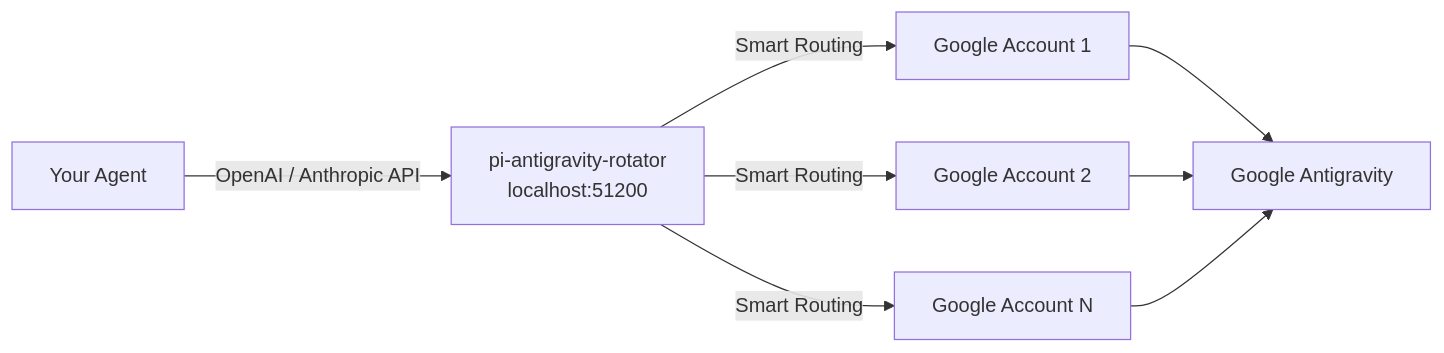
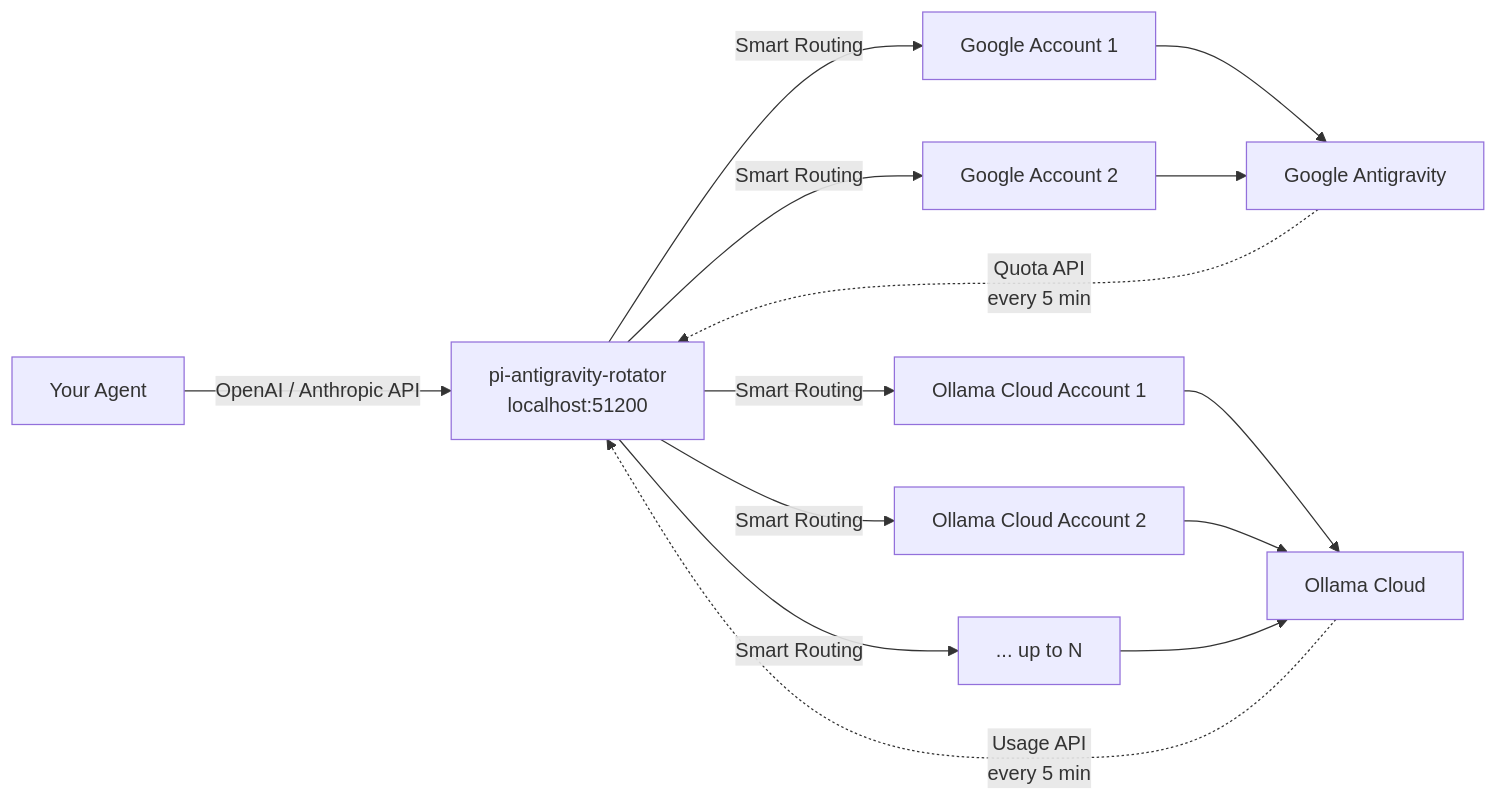
Before and after one commit to javargasm/pi-antigravity-rotator: the diagram in README.md, drawn with Mermaid. The commit also changed other lines of this file, not shown here.

````diff
--- a/README.md
+++ b/README.md
@@ -166,10 +192,17 @@
 ```mermaid
 graph LR
     A[Your Agent] -->|OpenAI / Anthropic API| B["pi-antigravity-rotator<br/>localhost:51200"]
     B -->|Smart Routing| C[Google Account 1]
     B -->|Smart Routing| D[Google Account 2]
-    B -->|Smart Routing| E[Google Account N]
-    C --> F[Google Antigravity]
-    D --> F
-    E --> F
+    B -->|Smart Routing| E[Ollama Cloud Account 1]
+    B -->|Smart Routing| F[Ollama Cloud Account 2]
+    B -->|Smart Routing| G[... up to N]
+    C --> H[Google Antigravity]
+    D --> H
+    E --> I[Ollama Cloud]
+    F --> I
+    G --> I
+
+    H -.Quota API<br/>every 5 min.-> B
+    I -.Usage API<br/>every 5 min.-> B
 ```
````
